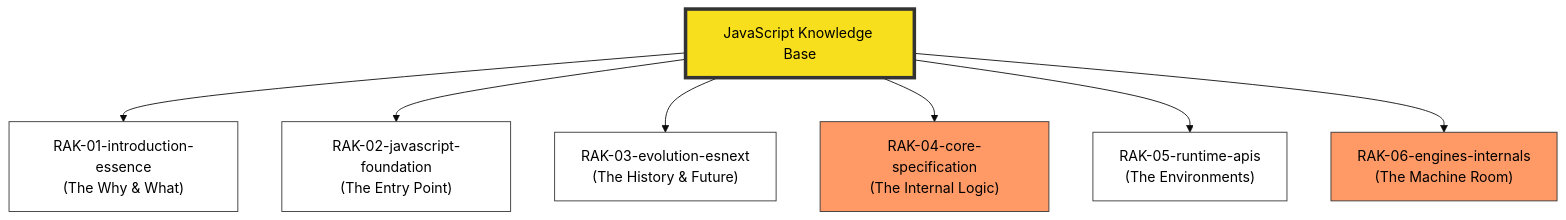
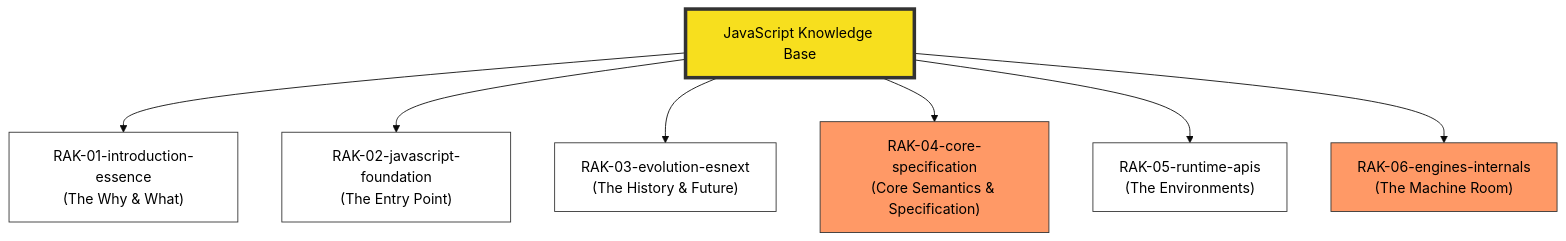
Before and after one commit to syahputrawork98-sketch/JavaScript-Knowledge-Base: the diagram in README.md, drawn with Mermaid. The commit also changed other lines of this file and 4 other files, not shown here.

````diff
--- a/README.md
+++ b/README.md
@@ -8,22 +8,22 @@
 ```mermaid
 %%{init: {'theme': 'base', 'themeVariables': { 'primaryColor': '#F7DF1E', 'primaryTextColor': '#000'}}}%%
 graph TD
     Root["JavaScript Knowledge Base"]
     
     RAK01["RAK-01-introduction-essence<br/>(The Why & What)"]
     RAK02["RAK-02-javascript-foundation<br/>(The Entry Point)"]
     RAK03["RAK-03-evolution-esnext<br/>(The History & Future)"]
-    RAK04["RAK-04-core-specification<br/>(The Internal Logic)"]
+    RAK04["RAK-04-core-specification<br/>(Core Semantics & Specification)"]
     RAK05["RAK-05-runtime-apis<br/>(The Environments)"]
     RAK06["RAK-06-engines-internals<br/>(The Machine Room)"]
     
     Root --> RAK01 & RAK02 & RAK03 & RAK04 & RAK05 & RAK06
     
     style Root fill:#f7df1e,stroke:#333,stroke-width:4px,color:#000
     style RAK01 fill:#fff,stroke:#333
     style RAK02 fill:#fff,stroke:#333
     style RAK03 fill:#fff,stroke:#333
     style RAK04 fill:#f96,stroke:#333
     style RAK05 fill:#fff,stroke:#333
     style RAK06 fill:#f96,stroke:#333
 ```
````
